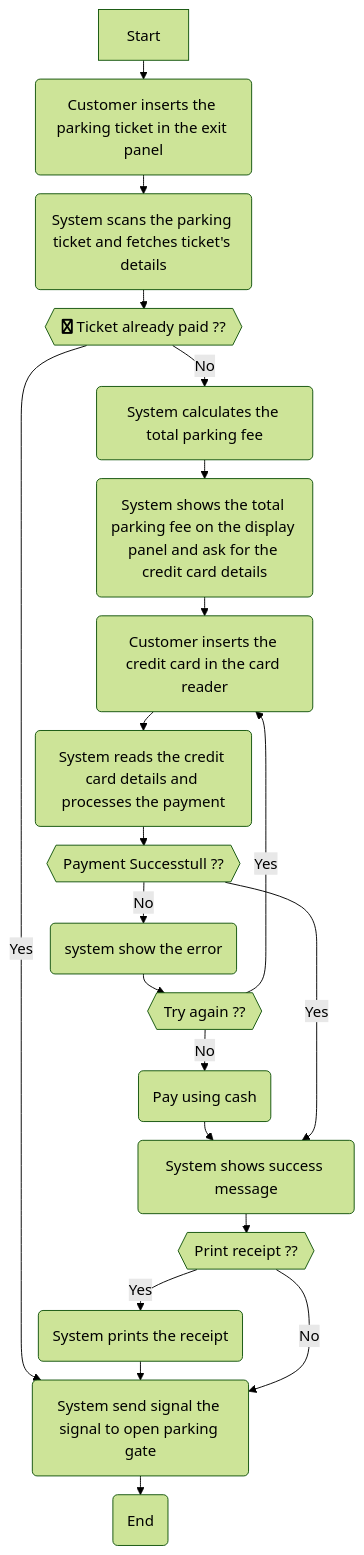
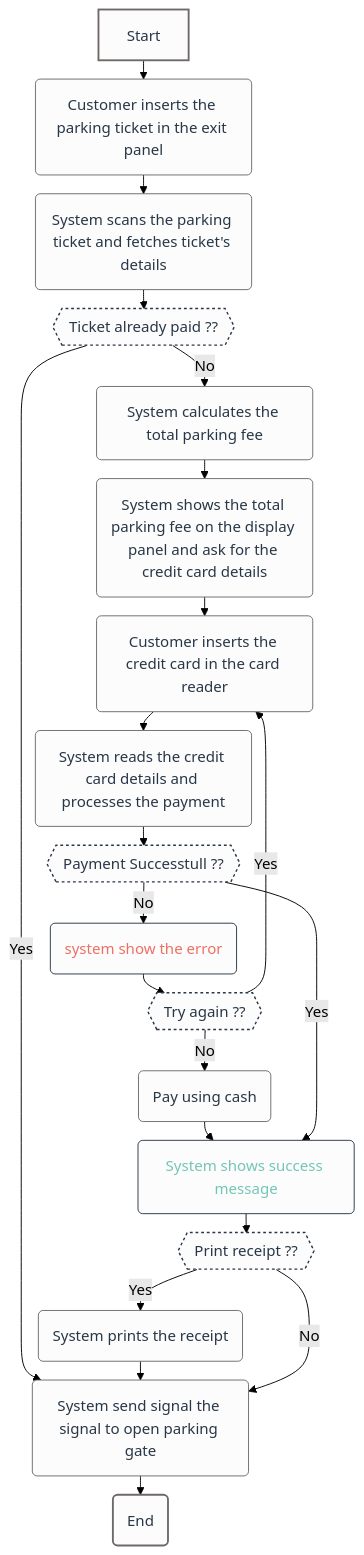
The second of 2 diagrams in Parking Lot/readme.md (piyushmani/grokking-the-object-oriented-design-interview), drawn with Mermaid before and after one commit.

````diff
--- a/Parking Lot/readme.md
+++ b/Parking Lot/readme.md
@@ -162,30 +162,41 @@
 ```mermaid
 
 %%{init: { "theme": "forest","flowchart": {"nodeSpacing":10, "rankSpacing":20,"curve": "basic","useMaxWidth":true}} }%%
 flowchart TD
     A[Start] --> B
     B(Customer inserts the parking ticket in the exit panel) --> C
-    C(System scans the parking ticket and fetches ticket's details) --> D{{ fa:fa-twitter Ticket already paid ??}}
+    C(System scans the parking ticket and fetches ticket's details) --> D{{Ticket already paid ??}}
     E(System calculates the total parking fee)
     F(System shows the total parking fee on the display panel and ask for the credit card details)
     G(Customer inserts the credit card in the card reader)
     H(System reads the credit card details and processes the payment)
     I{{Payment Successtull ??}}
     J(system show the error)
     K{{Try again ??}}
     L(System shows success message)
     M{{Print receipt ??}}
     N(System prints  the receipt)
     O(Pay using cash)
 
     D -->|Yes| Y
     D --> |No| E --> F --> G --> H -->I
     I --> |No| J --> K
     K --> |Yes| G
     K --> |No| O --> L
     I --> |Yes|L --> M
     M -->|Yes| N --> Y
     M --> |No| Y
     Y(System send signal the signal to open parking gate) --> Z(End)
+    
+    classDef se fill:#FDFCFC, color:#283747,stroke:#6F6A68,stroke-width:2px
+    classDef normal fill:#FDFCFC, color:#283747,stroke:#6F6A68,stroke-width:1px
+    classDef question fill:#FDFCFC, color:#283747,stroke:#283747,stroke-width:1.5px,stroke-dasharray:3
+    classDef success fill:#FDFCFC, color:#73C6B6,stroke:#283747
+    classDef error fill:#FDFCFC, color:#EC7063 ,stroke:#283747
+    class A,Z se
+    class B,C,E,F,G,H,N,Y,O normal
+    class D,I,M,K question
+    class L success
+    class J error
  
  ```
````
